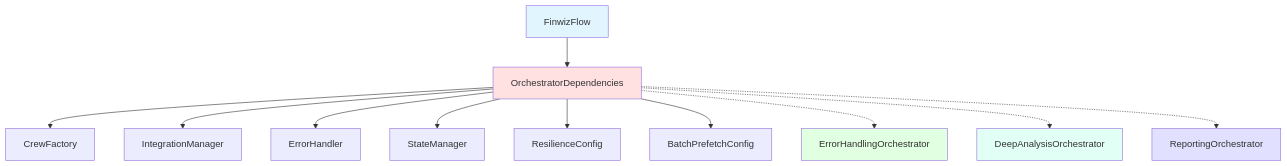
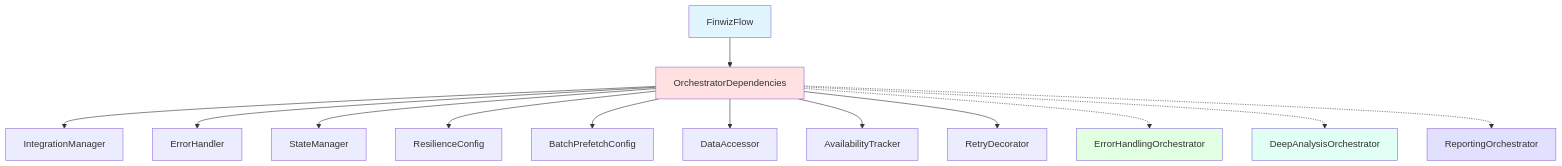
Diagram 12 of 13 in docs/explanations/ORCHESTRATOR_INTERACTIONS.md (fjacquet/finwiz), drawn with Mermaid before and after one commit. The commit also changed other lines of this file, not shown here.

````diff
--- a/docs/explanations/ORCHESTRATOR_INTERACTIONS.md
+++ b/docs/explanations/ORCHESTRATOR_INTERACTIONS.md
@@ -357,28 +376,30 @@
 ```mermaid
 graph TD
     Flow[FinwizFlow]
     Deps[OrchestratorDependencies]
 
     Flow --> Deps
 
-    Deps --> CF[CrewFactory]
     Deps --> IM[IntegrationManager]
     Deps --> EH[ErrorHandler]
     Deps --> SM[StateManager]
     Deps --> RC[ResilienceConfig]
     Deps --> BC[BatchPrefetchConfig]
+    Deps --> DA[DataAccessor]
+    Deps --> AT[AvailabilityTracker]
+    Deps --> RD[RetryDecorator]
 
     Orch1[ErrorHandlingOrchestrator]
     Orch2[DeepAnalysisOrchestrator]
     Orch3[ReportingOrchestrator]
 
     Deps -.-> Orch1
     Deps -.-> Orch2
     Deps -.-> Orch3
 
     style Flow fill:#e1f5ff
     style Deps fill:#ffe1e1
     style Orch1 fill:#e1ffe1
     style Orch2 fill:#e1fff5
     style Orch3 fill:#e1e1ff
 ```
````
